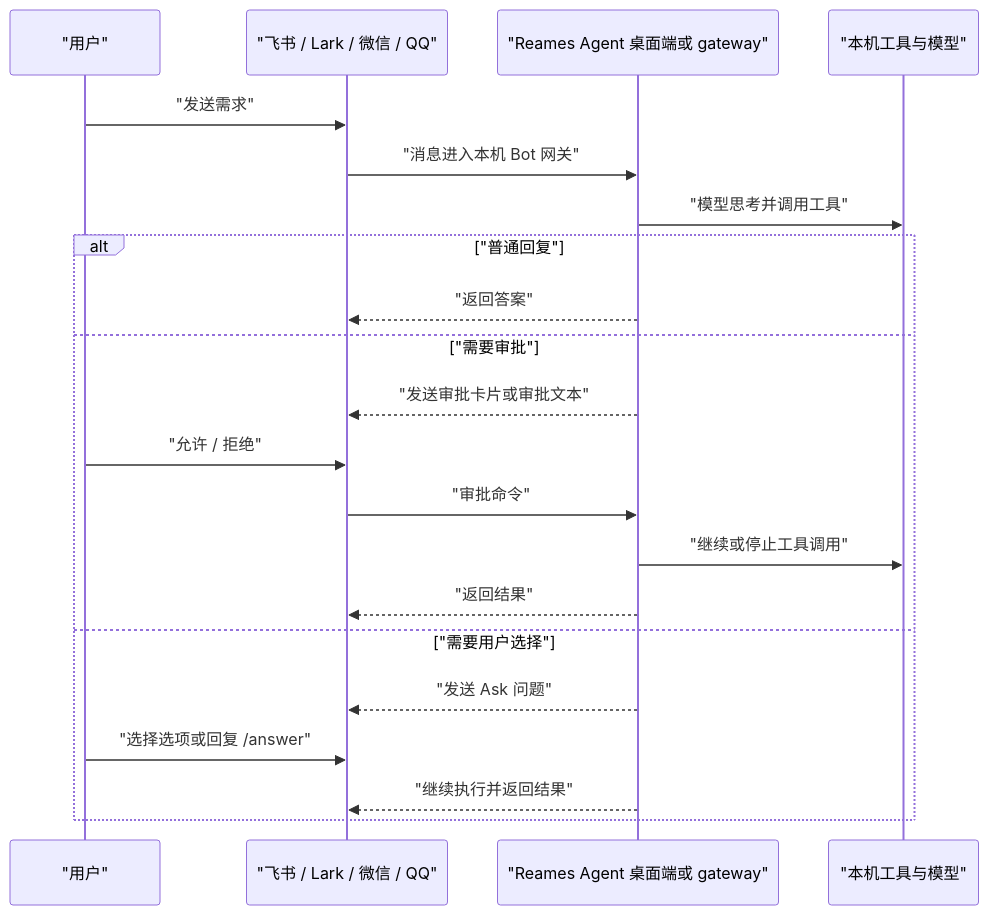
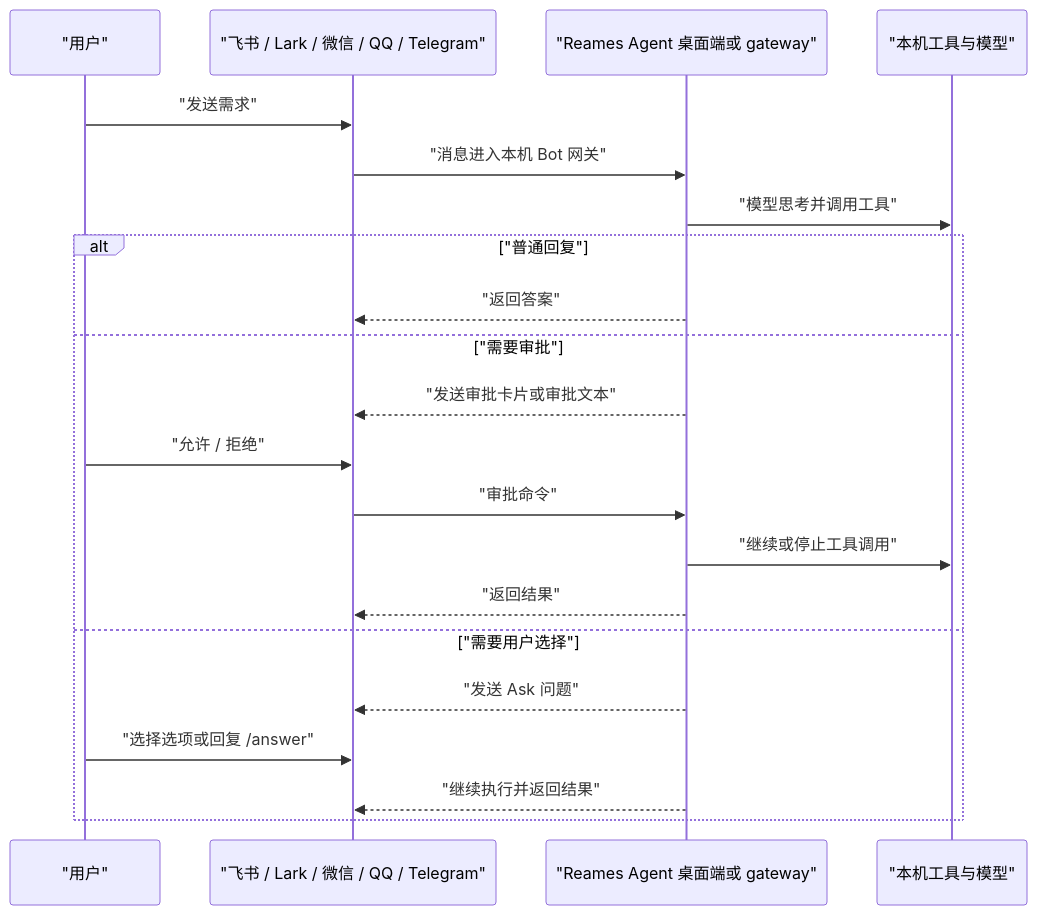
One commit to Ebonyhtx/reames-agent changed the second of 3 diagrams in docs/BOT_GUIDE.zh-CN.md. Above: the diagram before and after it, drawn with Mermaid. The commit also changed other lines of this file and 128 other files, not shown here.

````diff
--- a/docs/BOT_GUIDE.zh-CN.md
+++ b/docs/BOT_GUIDE.zh-CN.md
@@ -296,24 +320,24 @@
 ```mermaid
 sequenceDiagram
   participant U as "用户"
-  participant IM as "飞书 / Lark / 微信 / QQ"
+  participant IM as "飞书 / Lark / 微信 / QQ / Telegram"
   participant R as "Reames Agent 桌面端或 gateway"
   participant T as "本机工具与模型"
 
   U->>IM: "发送需求"
   IM->>R: "消息进入本机 Bot 网关"
   R->>T: "模型思考并调用工具"
   alt "普通回复"
     R-->>IM: "返回答案"
   else "需要审批"
     R-->>IM: "发送审批卡片或审批文本"
     U->>IM: "允许 / 拒绝"
     IM->>R: "审批命令"
     R->>T: "继续或停止工具调用"
     R-->>IM: "返回结果"
   else "需要用户选择"
     R-->>IM: "发送 Ask 问题"
     U->>IM: "选择选项或回复 /answer"
     R-->>IM: "继续执行并返回结果"
   end
 ```
````
